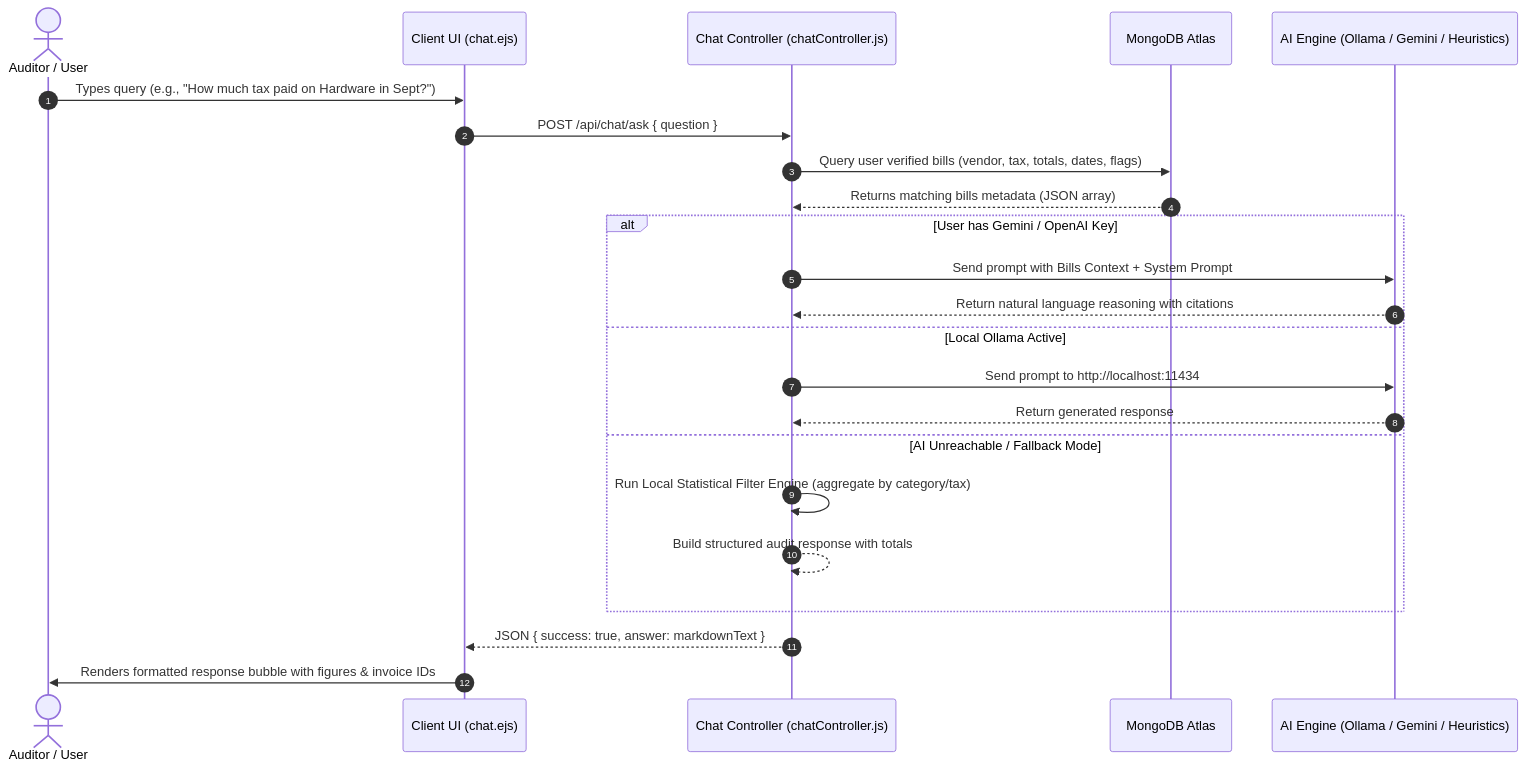
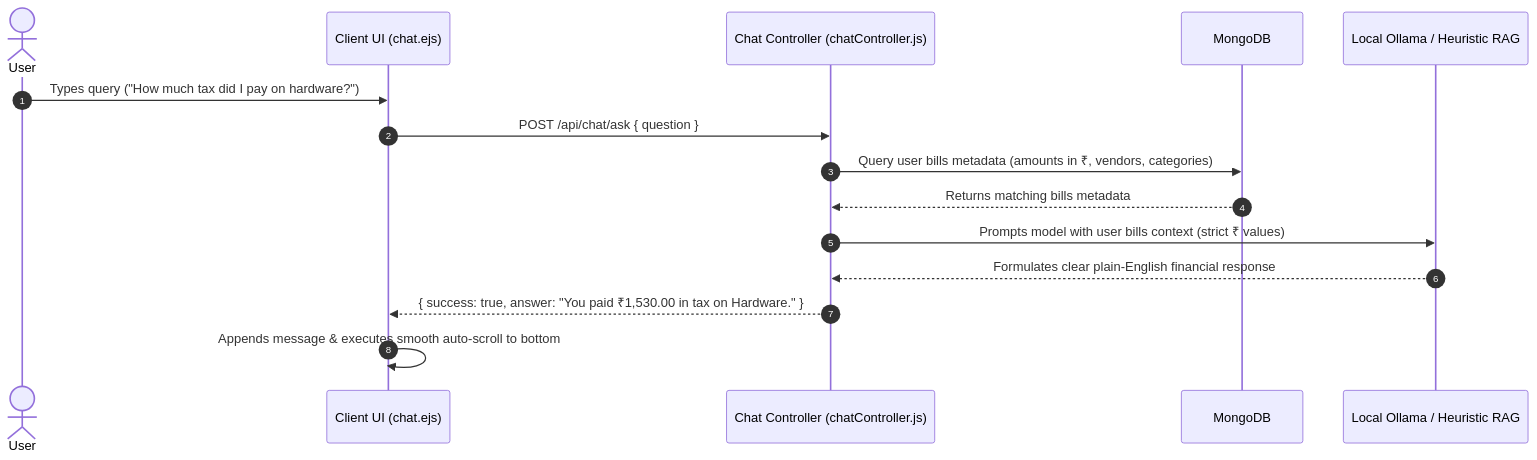
One commit to MeetMittan/bill-management changed the fifth of 5 diagrams in README.md. Above: the diagram before and after it, drawn with Mermaid. The commit also changed other lines of this file and 27 other files, not shown here.

````diff
--- a/README.md
+++ b/README.md
@@ -206,28 +220,18 @@
 ```mermaid
 sequenceDiagram
     autonumber
-    actor User as Auditor / User
+    actor User as User
     participant Browser as Client UI (chat.ejs)
     participant Server as Chat Controller (chatController.js)
-    participant DB as MongoDB Atlas
-    participant AI as AI Engine (Ollama / Gemini / Heuristics)
+    participant DB as MongoDB
+    participant AI as Local Ollama / Heuristic RAG
 
-    User->>Browser: Types query (e.g., "How much tax paid on Hardware in Sept?")
+    User->>Browser: Types query ("How much tax did I pay on hardware?")
     Browser->>Server: POST /api/chat/ask { question }
-    Server->>DB: Query user verified bills (vendor, tax, totals, dates, flags)
-    DB-->>Server: Returns matching bills metadata (JSON array)
-    
-    alt User has Gemini / OpenAI Key
-        Server->>AI: Send prompt with Bills Context + System Prompt
-        AI-->>Server: Return natural language reasoning with citations
-    else Local Ollama Active
-        Server->>AI: Send prompt to http://localhost:11434
-        AI-->>Server: Return generated response
-    else AI Unreachable / Fallback Mode
-        Server->>Server: Run Local Statistical Filter Engine (aggregate by category/tax)
-        Server-->>Server: Build structured audit response with totals
-    end
-
-    Server-->>Browser: JSON { success: true, answer: markdownText }
-    Browser->>User: Renders formatted response bubble with figures & invoice IDs
+    Server->>DB: Query user bills metadata (amounts in ₹, vendors, categories)
+    DB-->>Server: Returns matching bills metadata
+    Server->>AI: Prompts model with user bills context (strict ₹ values)
+    AI-->>Server: Formulates clear plain-English financial response
+    Server-->>Browser: { success: true, answer: "You paid ₹1,530.00 in tax on Hardware." }
+    Browser->>Browser: Appends message & executes smooth auto-scroll to bottom
 ```
````
